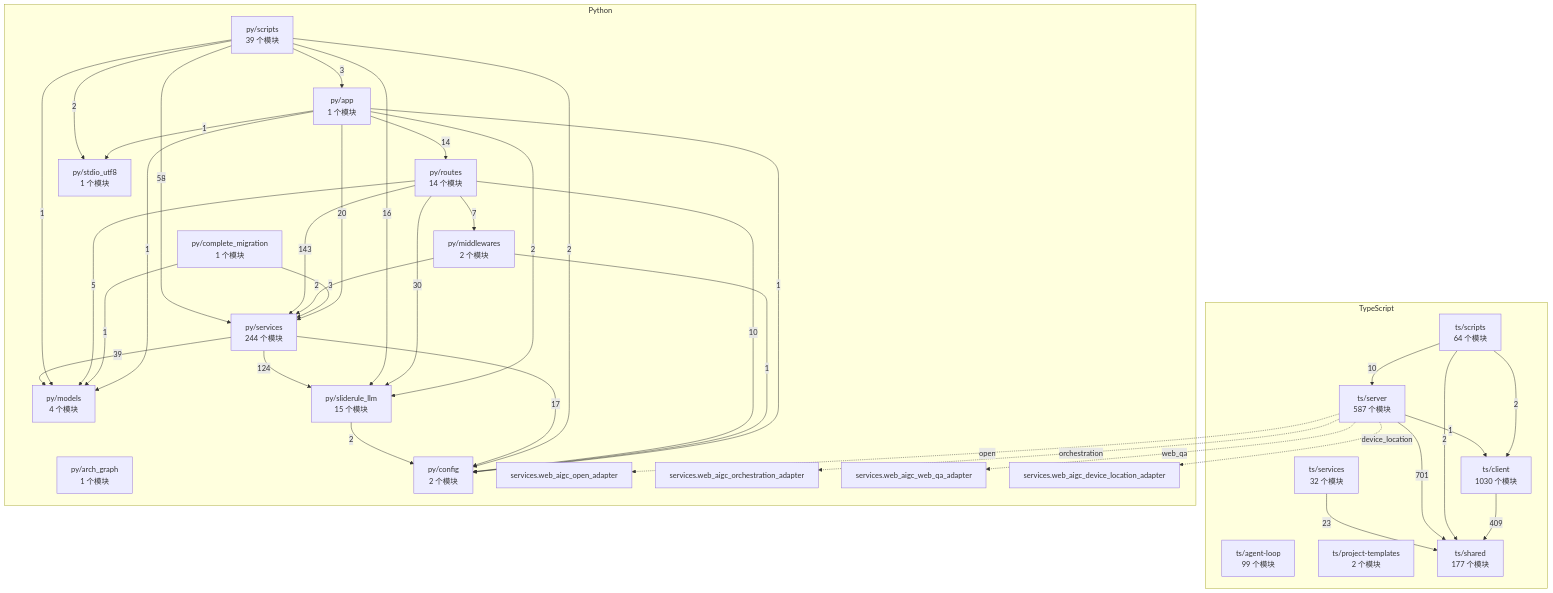
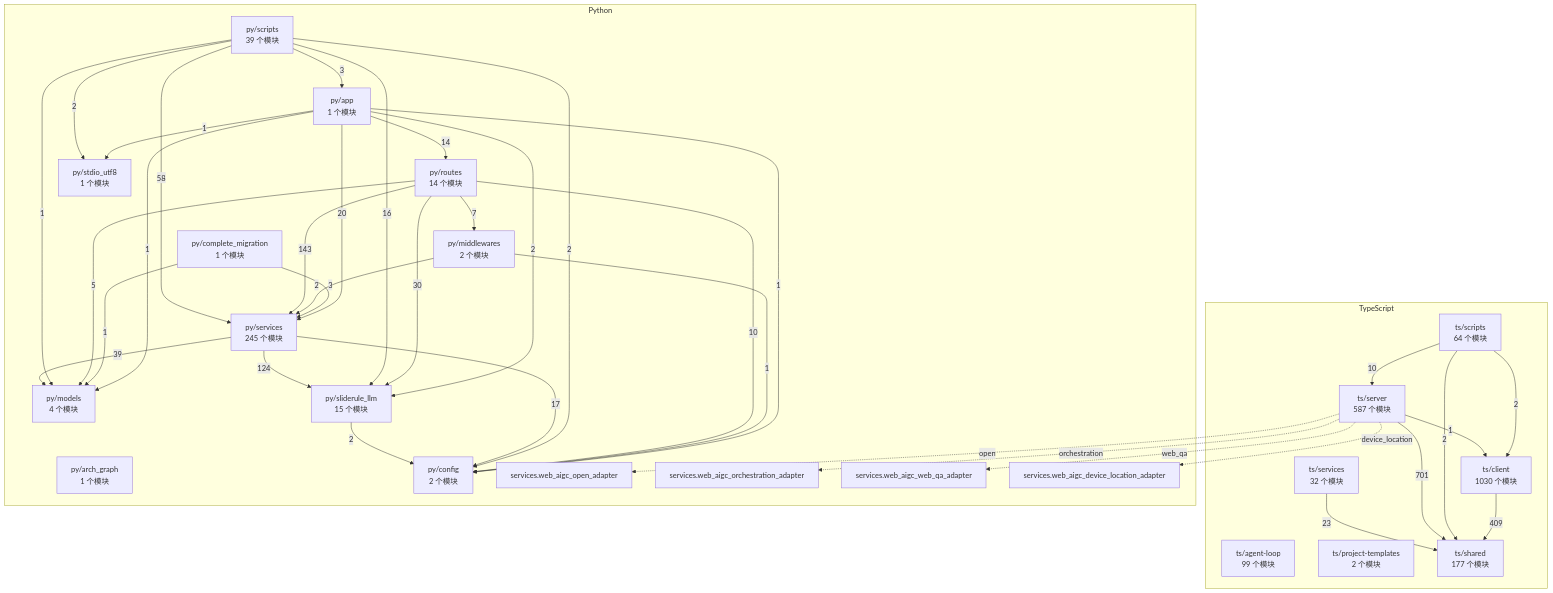
Before and after one commit to 2686521696/WhyBuddy: the diagram in docs/WhyBuddy 全仓架构图（自动生成）.md, drawn with Mermaid. The commit also changed 33 other files, not shown here.

````diff
--- a/docs/WhyBuddy 全仓架构图（自动生成）.md
+++ b/docs/WhyBuddy 全仓架构图（自动生成）.md
@@ -14,65 +14,65 @@
 ```mermaid
 flowchart TB
   subgraph ts [TypeScript]
     ts_agent_loop["ts/agent-loop<br/>99 个模块"]
     ts_client["ts/client<br/>1030 个模块"]
     ts_project_templates["ts/project-templates<br/>2 个模块"]
     ts_scripts["ts/scripts<br/>64 个模块"]
     ts_server["ts/server<br/>587 个模块"]
     ts_services["ts/services<br/>32 个模块"]
     ts_shared["ts/shared<br/>177 个模块"]
   end
   subgraph py [Python]
     py_app["py/app<br/>1 个模块"]
     py_arch_graph["py/arch_graph<br/>1 个模块"]
     py_complete_migration["py/complete_migration<br/>1 个模块"]
     py_config["py/config<br/>2 个模块"]
     py_middlewares["py/middlewares<br/>2 个模块"]
     py_models["py/models<br/>4 个模块"]
     py_routes["py/routes<br/>14 个模块"]
     py_scripts["py/scripts<br/>39 个模块"]
-    py_services["py/services<br/>244 个模块"]
+    py_services["py/services<br/>245 个模块"]
     py_sliderule_llm["py/sliderule_llm<br/>15 个模块"]
     py_stdio_utf8["py/stdio_utf8<br/>1 个模块"]
     py_services_web_aigc_open_adapter["services.web_aigc_open_adapter"]
     py_services_web_aigc_orchestration_adapter["services.web_aigc_orchestration_adapter"]
     py_services_web_aigc_web_qa_adapter["services.web_aigc_web_qa_adapter"]
     py_services_web_aigc_device_location_adapter["services.web_aigc_device_location_adapter"]
   end
   ts_client -->|409| ts_shared
   ts_scripts -->|2| ts_client
   ts_scripts -->|10| ts_server
   ts_scripts -->|2| ts_shared
   ts_server -->|1| ts_client
   ts_server -->|701| ts_shared
   ts_services -->|23| ts_shared
   py_app -->|1| py_config
   py_app -->|1| py_models
   py_app -->|14| py_routes
   py_app -->|20| py_services
   py_app -->|2| py_sliderule_llm
   py_app -->|1| py_stdio_utf8
   py_complete_migration -->|1| py_models
   py_complete_migration -->|3| py_services
   py_middlewares -->|1| py_config
   py_middlewares -->|2| py_services
   py_routes -->|10| py_config
   py_routes -->|7| py_middlewares
   py_routes -->|5| py_models
   py_routes -->|143| py_services
   py_routes -->|30| py_sliderule_llm
   py_scripts -->|3| py_app
   py_scripts -->|2| py_config
   py_scripts -->|1| py_models
   py_scripts -->|58| py_services
   py_scripts -->|16| py_sliderule_llm
   py_scripts -->|2| py_stdio_utf8
   py_services -->|17| py_config
   py_services -->|39| py_models
   py_services -->|124| py_sliderule_llm
   py_sliderule_llm -->|2| py_config
   ts_server -.->|open| py_services_web_aigc_open_adapter
   ts_server -.->|orchestration| py_services_web_aigc_orchestration_adapter
   ts_server -.->|web_qa| py_services_web_aigc_web_qa_adapter
   ts_server -.->|device_location| py_services_web_aigc_device_location_adapter
 ```
````
